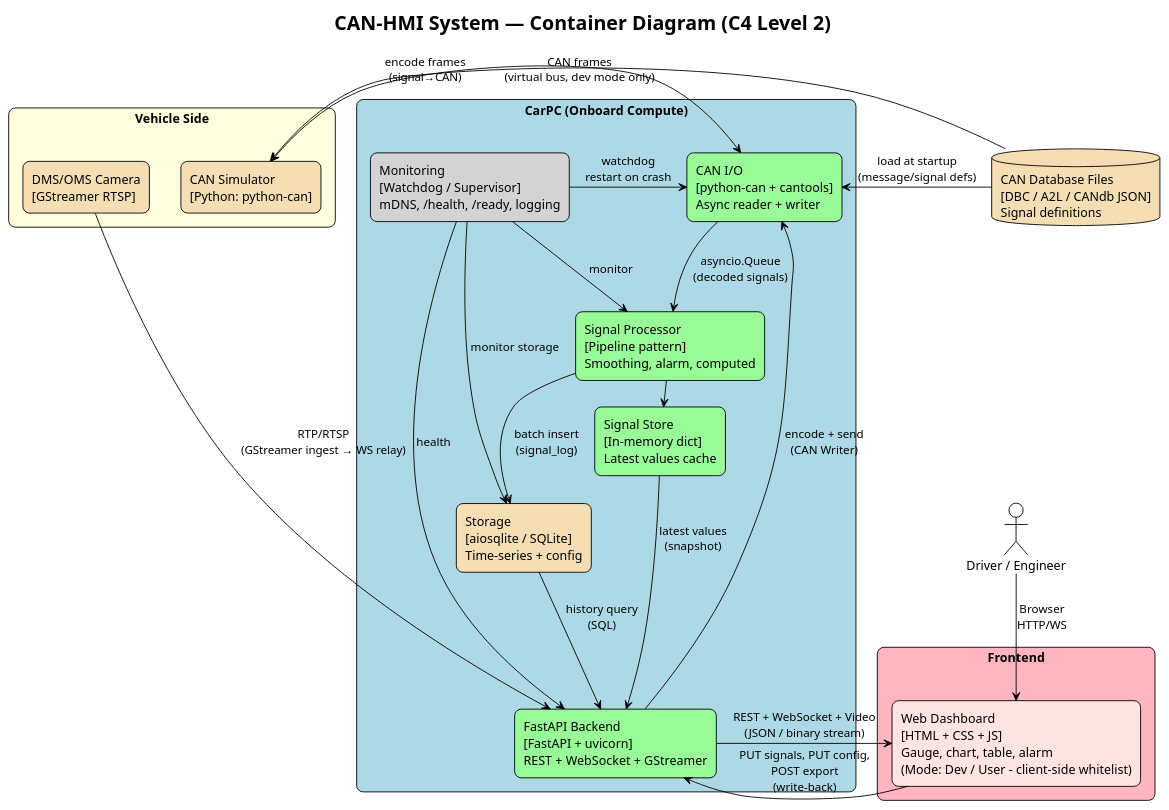
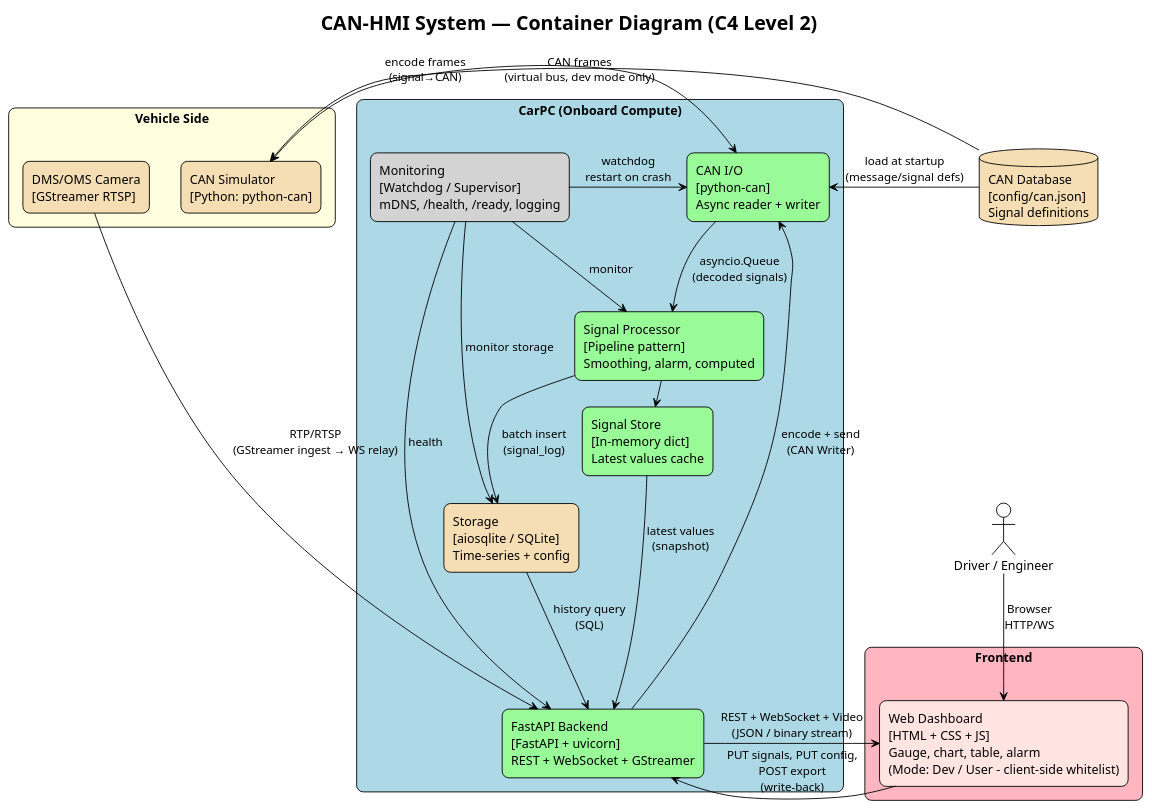
Before and after one commit to 3tdn/car-hmi: the diagram in diagram/02_container.puml, drawn with PlantUML. The commit also changed 28 other files, not shown here.

Commit message:
can_io chỉ sử dụng can.json đã qua xử lý, không dùng từ can dbc nữa

```diff
--- a/diagram/02_container.puml
+++ b/diagram/02_container.puml
@@ -1,49 +1,49 @@
 @startuml Container Diagram
 !theme plain
 title CAN-HMI System — Container Diagram (C4 Level 2)
 
 skinparam rectangle {
     RoundCorner 15
 }
 
 actor "Driver / Engineer" as user
 
 rectangle "Vehicle Side" as vehicle #lightyellow {
     rectangle "CAN Simulator\n[Python: python-can]" as sim #wheat
     rectangle "DMS/OMS Camera\n[GStreamer RTSP]" as cam #wheat
 }
 
-database "CAN Database Files\n[DBC / A2L / CANdb JSON]\nSignal definitions" as candb #Wheat
+database "CAN Database\n[config/can.json]\nSignal definitions" as candb #Wheat
 
 rectangle "CarPC (Onboard Compute)" as carpc #LightBlue {
-    rectangle "CAN I/O\n[python-can + cantools]\nAsync reader + writer" as canio #PaleGreen
+    rectangle "CAN I/O\n[python-can]\nAsync reader + writer" as canio #PaleGreen
     rectangle "Signal Processor\n[Pipeline pattern]\nSmoothing, alarm, computed" as proc #PaleGreen
     rectangle "Signal Store\n[In-memory dict]\nLatest values cache" as store #PaleGreen
     rectangle "Storage\n[aiosqlite / SQLite]\nTime-series + config" as db #Wheat
     rectangle "FastAPI Backend\n[FastAPI + uvicorn]\nREST + WebSocket + GStreamer" as api #PaleGreen
     rectangle "Monitoring\n[Watchdog / Supervisor]\nmDNS, /health, /ready, logging" as mon #LightGray
 }
 
 rectangle "Frontend" as fe #LightPink {
     rectangle "Web Dashboard\n[HTML + CSS + JS]\nGauge, chart, table, alarm\n(Mode: Dev / User - client-side whitelist)" as dash #MistyRose
 }
 
 sim <-right-> canio : "CAN frames\n(virtual bus, dev mode only)"
 cam -right-> api : "RTP/RTSP\n(GStreamer ingest → WS relay)"
 canio -down-> proc : "asyncio.Queue\n(decoded signals)"
 proc -right-> store : "publish updates\n(Observer pattern)"
 proc -down-> db : "batch insert\n(signal_log)"
 store --> api : "latest values\n(snapshot)"
 db --> api : "history query\n(SQL)"
 api -right-> dash : "REST + WebSocket + Video\n(JSON / binary stream)"
 dash -left-> api : "PUT signals, PUT config,\nPOST export\n(write-back)"
 api -up-> canio : "encode + send\n(CAN Writer)"
 mon -right-> canio : "watchdog\nrestart on crash"
 mon -right-> proc : "monitor"
 mon -right-> api : "health"
 mon -right-> db : "monitor storage"
 user -down-> dash : "Browser\nHTTP/WS"
 candb -right-> canio : "load at startup\n(message/signal defs)"
 candb -right-> sim : "encode frames\n(signal→CAN)"
 
 @enduml
```
